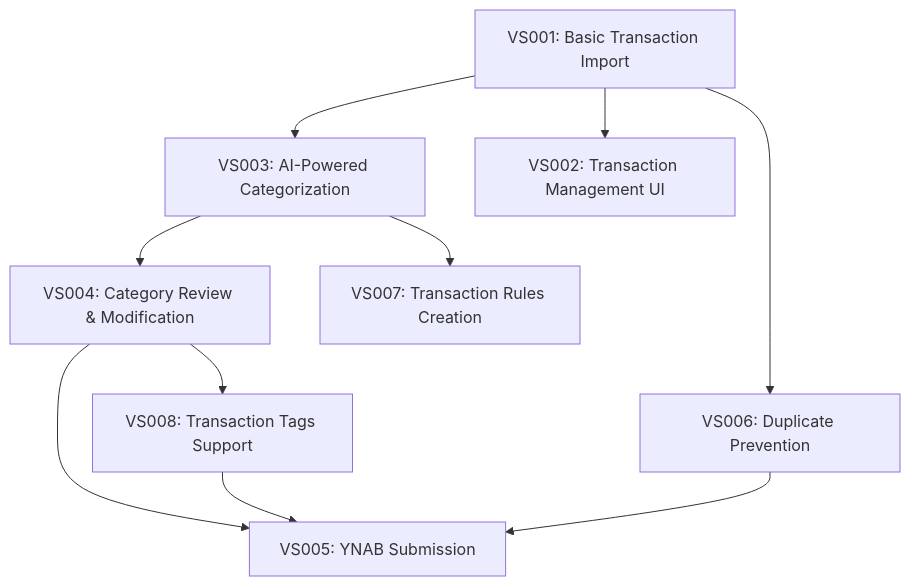
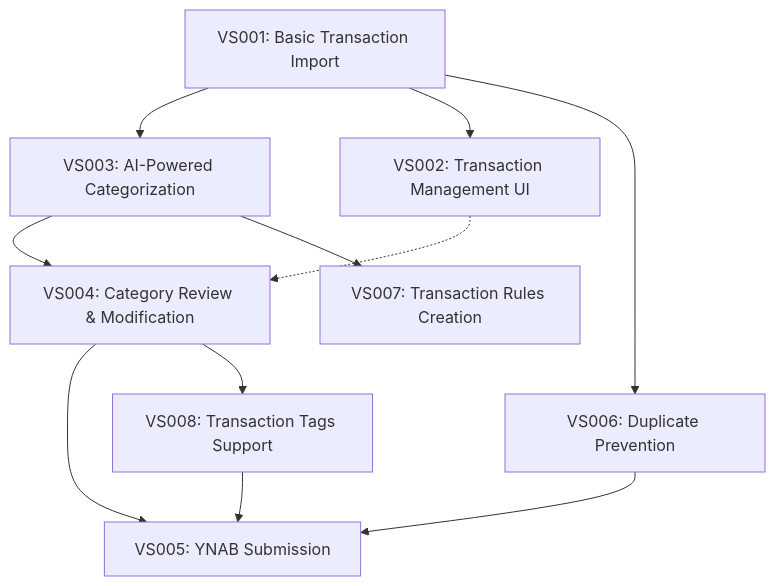
Before and after one commit to iterative-works/incubator: the diagram in features/BUDGET-001/slice_breakdown.md, drawn with Mermaid. The commit also changed other lines of this file and 2 other files, not shown here.

Commit message:
Add implementation plan for category review component

````diff
--- a/features/BUDGET-001/slice_breakdown.md
+++ b/features/BUDGET-001/slice_breakdown.md
@@ -43,12 +43,13 @@
 ```mermaid
 graph TD
     VS001[VS001: Basic Transaction Import] --> VS003[VS003: AI-Powered Categorization]
     VS001 --> VS002[VS002: Transaction Management UI]
     VS003 --> VS004[VS004: Category Review & Modification]
     VS004 --> VS005[VS005: YNAB Submission]
     VS001 --> VS006[VS006: Duplicate Prevention]
     VS006 --> VS005
     VS003 --> VS007[VS007: Transaction Rules Creation]
     VS004 --> VS008[VS008: Transaction Tags Support]
     VS008 --> VS005
+    VS002 -.-> VS004[VS004: Category Review & Modification]
 ```
````
